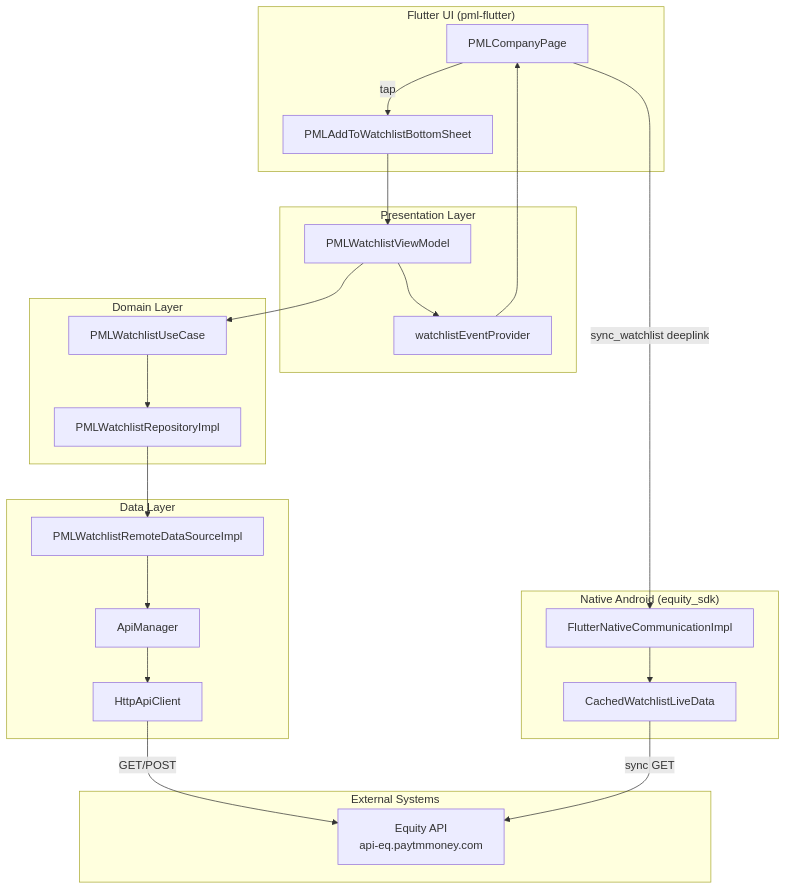
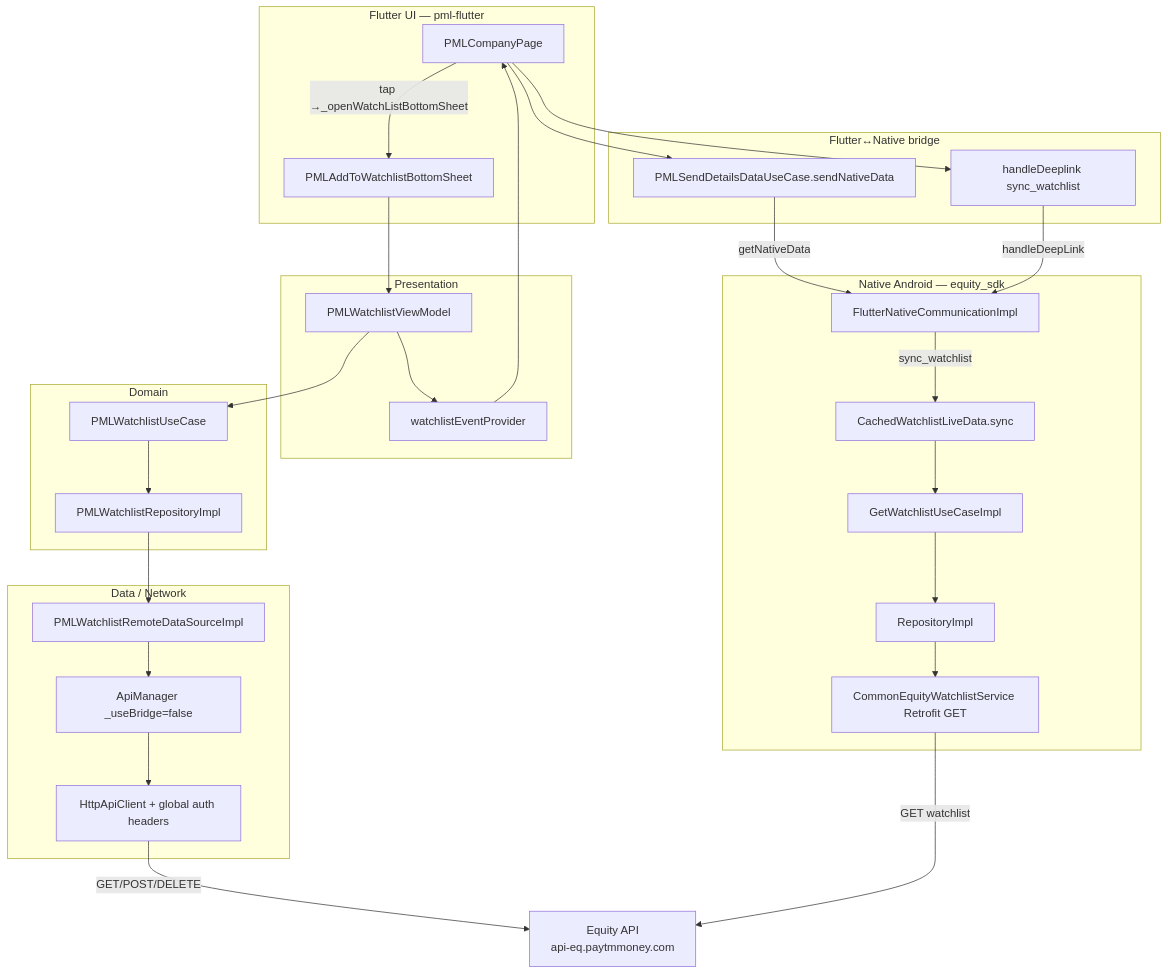
The first of 3 diagrams in Intermediate/flow-tracer/docs/agent-analysis/I2_flow_trace.md (t-abhijeetpal-source/Task_Evaluation), drawn with Mermaid before and after one commit. The commit also changed other lines of this file and 6 other files, not shown here.

First line of the commit message:
Harden I2 flow-tracer to production grade (score ~97/100)

````diff
--- a/Intermediate/flow-tracer/docs/agent-analysis/I2_flow_trace.md
+++ b/Intermediate/flow-tracer/docs/agent-analysis/I2_flow_trace.md
@@ -83,42 +208,41 @@
 ```mermaid
 flowchart TD
-    subgraph UI["Flutter UI (pml-flutter)"]
+    subgraph UI["Flutter UI — pml-flutter"]
         CP[PMLCompanyPage]
         BS[PMLAddToWatchlistBottomSheet]
     end
-
-    subgraph Presentation["Presentation Layer"]
+    subgraph Pres["Presentation"]
         VM[PMLWatchlistViewModel]
         EV[watchlistEventProvider]
     end
-
-    subgraph Domain["Domain Layer"]
+    subgraph Dom["Domain"]
         UC[PMLWatchlistUseCase]
         REPO[PMLWatchlistRepositoryImpl]
     end
+    subgraph Data["Data / Network"]
+        DS[PMLWatchlistRemoteDataSourceImpl]
+        AM[ApiManager _useBridge=false]
+        HC[HttpApiClient + global auth headers]
+    end
+    subgraph Bridge["Flutter↔Native bridge"]
+        SND[PMLSendDetailsDataUseCase.sendNativeData]
+        HDL[handleDeeplink sync_watchlist]
+    end
+    subgraph Native["Native Android — equity_sdk"]
+        FNC[FlutterNativeCommunicationImpl]
+        CWL[CachedWatchlistLiveData.sync]
+        GUC[GetWatchlistUseCaseImpl]
+        NREPO[RepositoryImpl]
+        SVC[CommonEquityWatchlistService Retrofit GET]
+    end
+    API["Equity API<br/>api-eq.paytmmoney.com"]
 
-    subgraph Data["Data Layer"]
-        DS[PMLWatchlistRemoteDataSourceImpl]
-        AM[ApiManager]
-        HC[HttpApiClient]
-    end
-
-    subgraph Native["Native Android (equity_sdk)"]
-        FNC[FlutterNativeCommunicationImpl]
-        CWL[CachedWatchlistLiveData]
-    end
-
-    subgraph External["External Systems"]
-        API["Equity API\napi-eq.paytmmoney.com"]
-    end
-
-    CP -->|tap| BS
+    CP -->|tap →_openWatchListBottomSheet| BS
     BS --> VM
     VM --> UC --> REPO --> DS --> AM --> HC
-    HC -->|GET/POST| API
-    VM --> EV
-    EV --> CP
-    CP -->|sync_watchlist deeplink| FNC
-    FNC --> CWL
-    CWL -->|sync GET| API
+    HC -->|GET/POST/DELETE| API
+    VM --> EV --> CP
+    CP --> SND -->|getNativeData| FNC
+    CP --> HDL -->|handleDeepLink| FNC
+    FNC -->|sync_watchlist| CWL --> GUC --> NREPO --> SVC -->|GET watchlist| API
 ```
````
